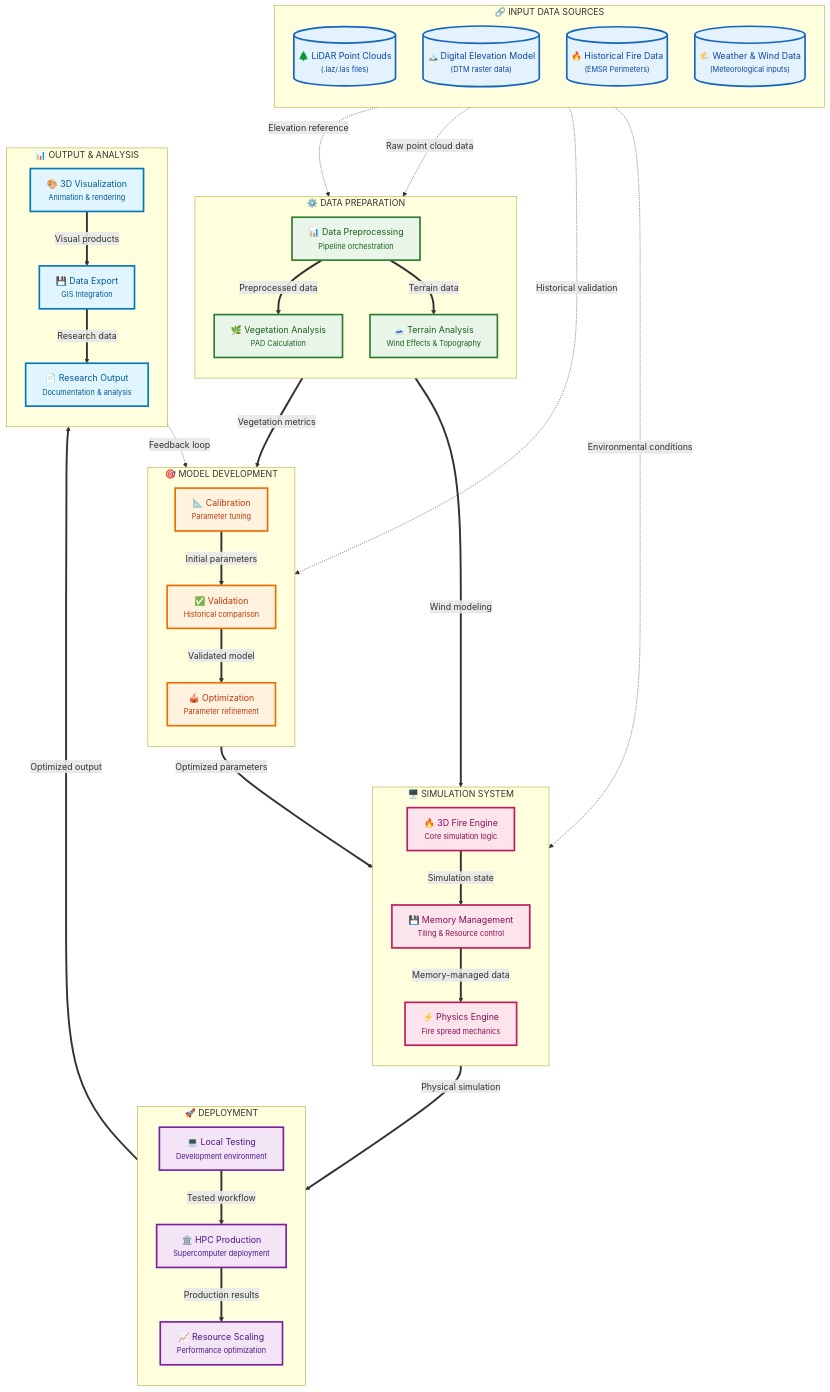
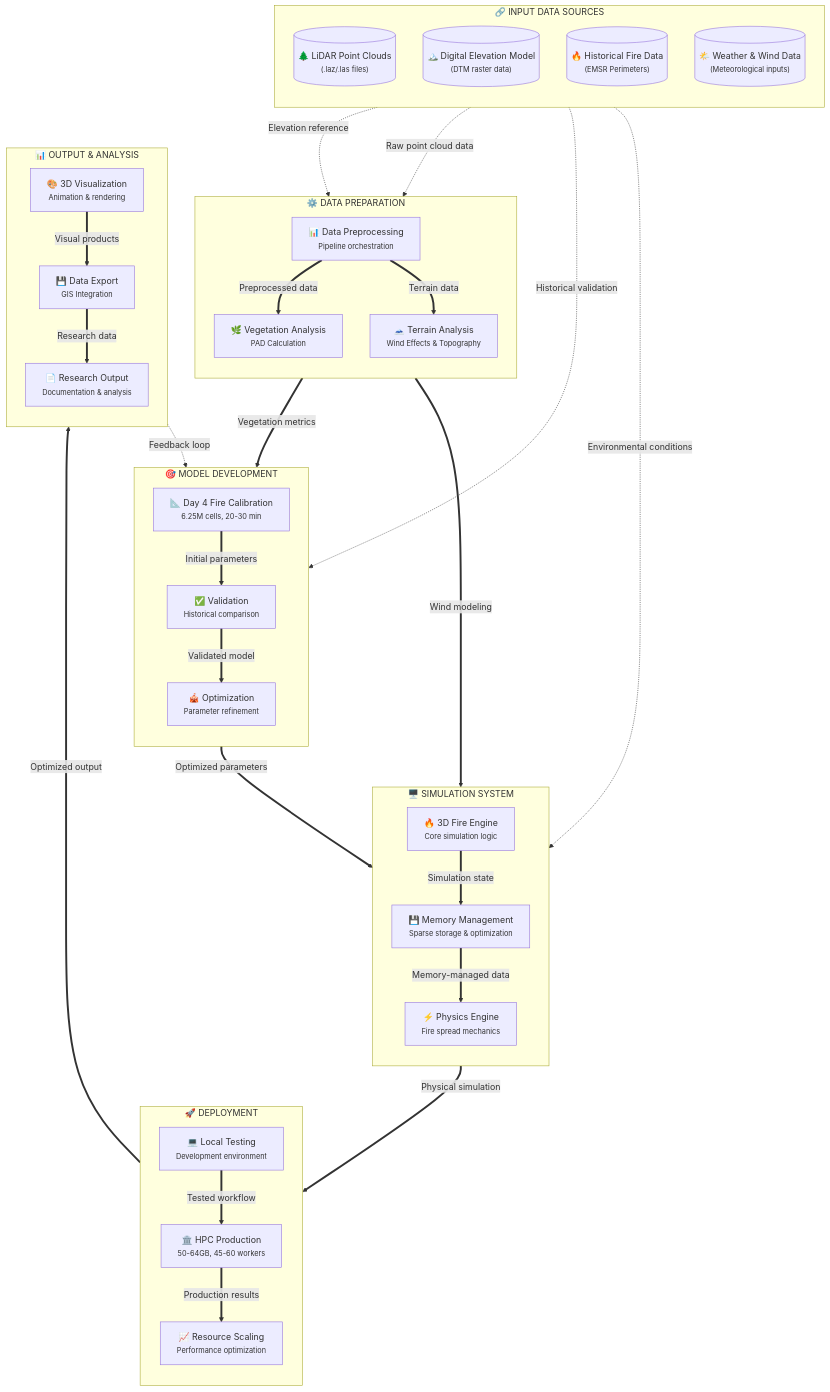
The first of 19 diagrams in docs/COMPREHENSIVE_FOREST_FIRE_SIMULATION_WORKFLOW.md (AndreasPaphitis/Forest-Fire-Simulation), drawn with Mermaid before and after one commit. The commit also changed other lines of this file and 13 other files, not shown here.

Commit message:
Fix verbose output and update documentation for Day 4 fire area calibration

````diff
--- a/docs/COMPREHENSIVE_FOREST_FIRE_SIMULATION_WORKFLOW.md
+++ b/docs/COMPREHENSIVE_FOREST_FIRE_SIMULATION_WORKFLOW.md
@@ -40,7 +42,7 @@
     
     subgraph MODEL ["🎯 MODEL DEVELOPMENT"]
         direction TB
-        Cal["📐 Calibration<br/><small>Parameter tuning</small>"]
+        Cal["📐 Day 4 Fire Calibration<br/><small>6.25M cells, 20-30 min</small>"]
         Val["✅ Validation<br/><small>Historical comparison</small>"]
         Opt["🎪 Optimization<br/><small>Parameter refinement</small>"]
     end
@@ -48,14 +50,14 @@
     subgraph SIMULATION ["🖥️ SIMULATION SYSTEM"]
         direction TB
         Core["🔥 3D Fire Engine<br/><small>Core simulation logic</small>"]
-        Mem["💾 Memory Management<br/><small>Tiling & Resource control</small>"]
+        Mem["💾 Memory Management<br/><small>Sparse storage & optimization</small>"]
         Phys["⚡ Physics Engine<br/><small>Fire spread mechanics</small>"]
     end
     
     subgraph DEPLOY ["🚀 DEPLOYMENT"]
         direction TB
         Local["💻 Local Testing<br/><small>Development environment</small>"]
-        HPC["🏛️ HPC Production<br/><small>Supercomputer deployment</small>"]
+        HPC["🏛️ HPC Production<br/><small>50-64GB, 45-60 workers</small>"]
         Scale["📈 Resource Scaling<br/><small>Performance optimization</small>"]
     end
     
@@ -98,16 +100,4 @@
     classDef processStyle fill:#E8F5E8,stroke:#2E7D32,stroke-width:3px,color:#1B5E20
     classDef modelStyle fill:#FFF3E0,stroke:#EF6C00,stroke-width:3px,color:#BF360C
     classDef systemStyle fill:#FCE4EC,stroke:#C2185B,stroke-width:3px,color:#880E4F
-    classDef deployStyle fill:#F3E5F5,stroke:#7B1FA2,stroke-width:3px,color:#4A148C
-    classDef outputStyle fill:#E1F5FE,stroke:#0277BD,stroke-width:3px,color:#01579B
-    
-    %% Subgraph styling
-    classDef subgraphStyle fill:#F8F9FA,stroke:#212529,stroke-width:2px
-    
-    class LiDAR,DEM,EMSR,Weather inputStyle
-    class DP,VA,TA processStyle
-    class Cal,Val,Opt modelStyle
-    class Core,Mem,Phys systemStyle
-    class Local,HPC,Scale deployStyle
-    class Vis,Export,Research outputStyle
 ```
````
